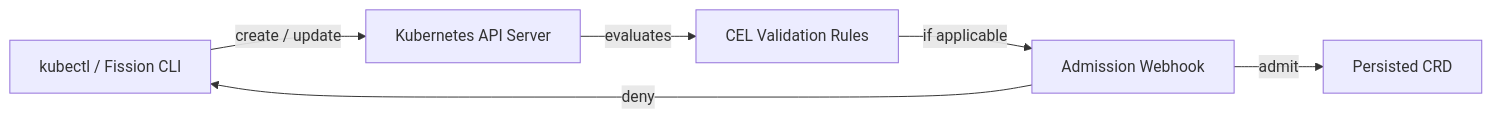
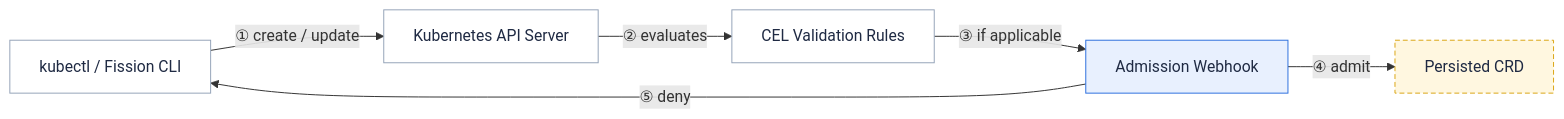
The diagram in content/en/docs/architecture/webhook.md (fission/fission.io), drawn with Mermaid before and after one commit. The commit also changed 30 other files, not shown here.

First line of the commit message:
Address PR feedback: zoomable diagrams, multi-color kit, centering, preview links

````diff
--- a/content/en/docs/architecture/webhook.md
+++ b/content/en/docs/architecture/webhook.md
@@ -20,13 +20,20 @@
 ```mermaid
 flowchart LR
   client["kubectl / Fission CLI"]
   api["Kubernetes API Server"]
   cel["CEL Validation Rules"]
   webhook["Admission Webhook"]
   etcd["Persisted CRD"]
-  client -->|"create / update"| api
-  api -->|"evaluates"| cel
-  cel -->|"if applicable"| webhook
-  webhook -->|"admit"| etcd
-  webhook -->|"deny"| client
+  client -->|"① create / update"| api
+  api -->|"② evaluates"| cel
+  cel -->|"③ if applicable"| webhook
+  webhook -->|"④ admit"| etcd
+  webhook -->|"⑤ deny"| client
+
+  class client,api,cel user
+  class webhook fission
+  class etcd store
+  classDef user fill:#ffffff,stroke:#94a3b8,color:#1f2a43
+  classDef fission fill:#e8f0fe,stroke:#2d70de,color:#1f2a43
+  classDef store fill:#fff7e0,stroke:#dba514,color:#1f2a43,stroke-dasharray:5 3
 ```
````
